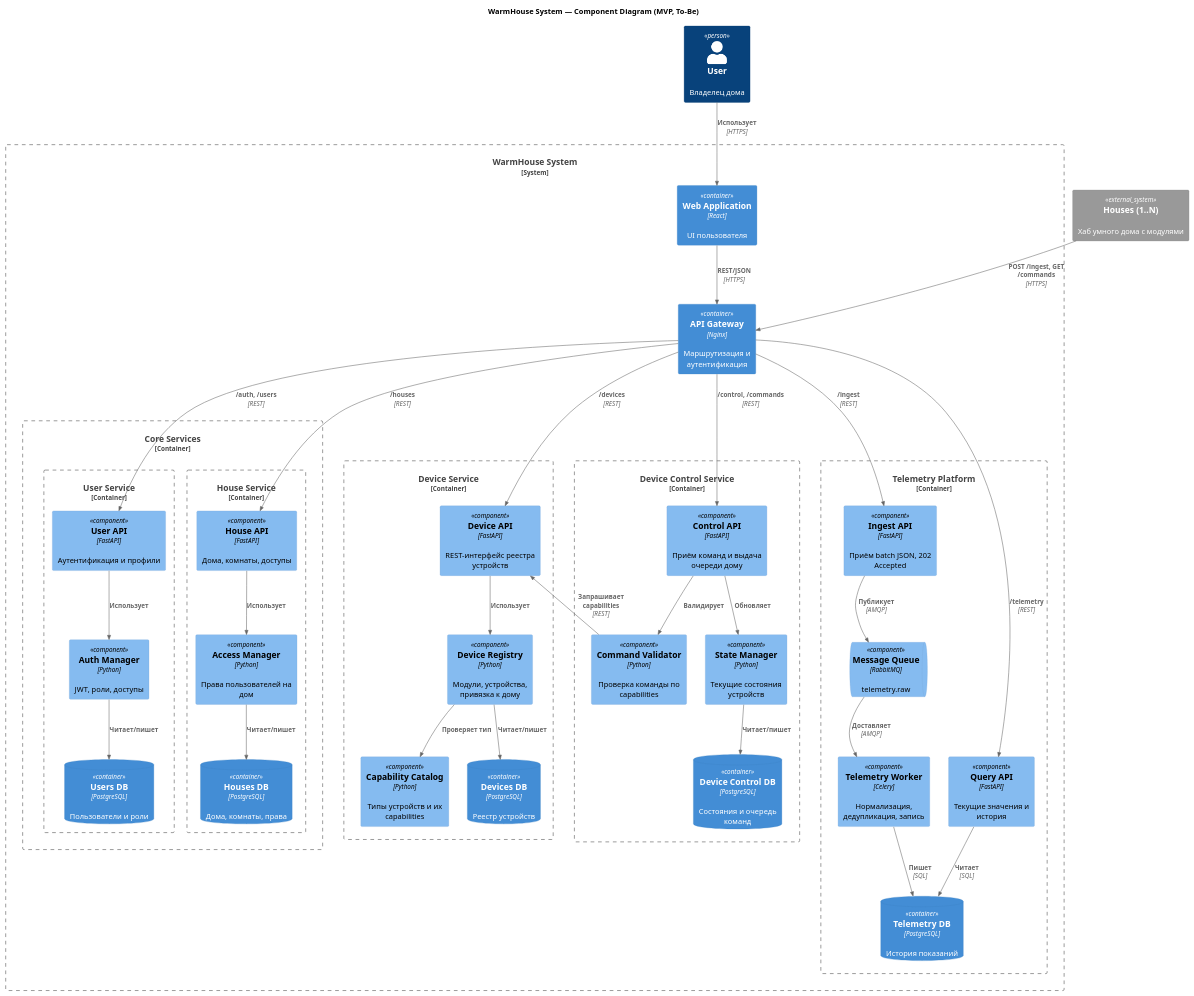
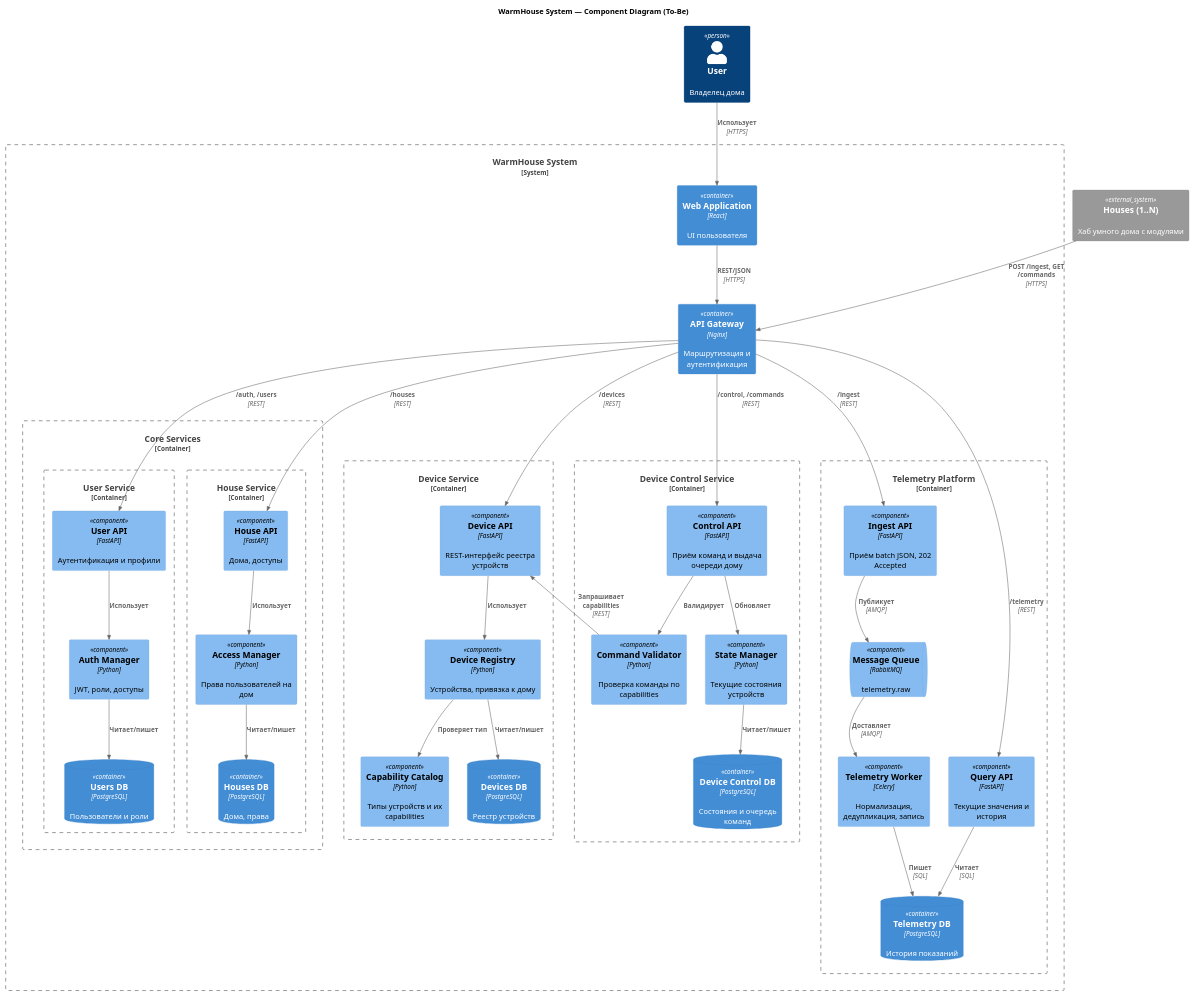
Before and after one commit to gadtakoi/architecture-pro-warmhouse: the diagram in diagrams/Task_2_Components.puml, drawn with PlantUML. The commit also changed 3 other files, not shown here.

Commit message:
Task 3. ER.

```diff
--- a/diagrams/Task_2_Components.puml
+++ b/diagrams/Task_2_Components.puml
@@ -1,84 +1,84 @@
 @startuml
-title WarmHouse System — Component Diagram (MVP, To-Be)
+title WarmHouse System — Component Diagram (To-Be)
 
 !include ../vendor/C4-PlantUML/C4_Component.puml
 
 Person(user, "User", "Владелец дома")
 System_Ext(houses, "Houses (1..N)", "Хаб умного дома с модулями")
 
 System_Boundary(warmhouse, "WarmHouse System") {
 
   Container(WebApp, "Web Application", "React", "UI пользователя")
   Container(ApiGateway, "API Gateway", "Nginx", "Маршрутизация и аутентификация")
 
   Container_Boundary(coreServices, "Core Services") {
     Container_Boundary(userService, "User Service") {
       Component(UserApi, "User API", "FastAPI", "Аутентификация и профили")
       Component(AuthManager, "Auth Manager", "Python", "JWT, роли, доступы")
       ContainerDb(UserDb, "Users DB", "PostgreSQL", "Пользователи и роли")
     }
 
     Container_Boundary(houseService, "House Service") {
-      Component(HouseApi, "House API", "FastAPI", "Дома, комнаты, доступы")
+      Component(HouseApi, "House API", "FastAPI", "Дома, доступы")
       Component(AccessManager, "Access Manager", "Python", "Права пользователей на дом")
-      ContainerDb(HouseDb, "Houses DB", "PostgreSQL", "Дома, комнаты, права")
+      ContainerDb(HouseDb, "Houses DB", "PostgreSQL", "Дома, права")
     }
   }
 
   Container_Boundary(deviceService, "Device Service") {
     Component(DeviceApi, "Device API", "FastAPI", "REST-интерфейс реестра устройств")
-    Component(DeviceRegistry, "Device Registry", "Python", "Модули, устройства, привязка к дому")
+    Component(DeviceRegistry, "Device Registry", "Python", "Устройства, привязка к дому")
     Component(CapabilityCatalog, "Capability Catalog", "Python", "Типы устройств и их capabilities")
     ContainerDb(DeviceDb, "Devices DB", "PostgreSQL", "Реестр устройств")
   }
 
   Container_Boundary(controlService, "Device Control Service") {
     Component(ControlApi, "Control API", "FastAPI", "Приём команд и выдача очереди дому")
     Component(CommandValidator, "Command Validator", "Python", "Проверка команды по capabilities")
     Component(StateManager, "State Manager", "Python", "Текущие состояния устройств")
     ContainerDb(ControlDb, "Device Control DB", "PostgreSQL", "Состояния и очередь команд")
   }
 
   Container_Boundary(telemetry, "Telemetry Platform") {
     Component(IngestApi, "Ingest API", "FastAPI", "Приём batch JSON, 202 Accepted")
     ComponentQueue(Queue, "Message Queue", "RabbitMQ", "telemetry.raw")
     Component(TelemetryWorker, "Telemetry Worker", "Celery", "Нормализация, дедупликация, запись")
     Component(QueryApi, "Query API", "FastAPI", "Текущие значения и история")
     ContainerDb(TelemetryDb, "Telemetry DB", "PostgreSQL", "История показаний")
   }
 }
 
 Rel(user, WebApp, "Использует", "HTTPS")
 Rel(WebApp, ApiGateway, "REST/JSON", "HTTPS")
 Rel(houses, ApiGateway, "POST /ingest, GET /commands", "HTTPS")
 
 Rel(ApiGateway, UserApi, "/auth, /users", "REST")
 Rel(ApiGateway, HouseApi, "/houses", "REST")
 Rel(ApiGateway, DeviceApi, "/devices", "REST")
 Rel(ApiGateway, ControlApi, "/control, /commands", "REST")
 Rel(ApiGateway, IngestApi, "/ingest", "REST")
 Rel(ApiGateway, QueryApi, "/telemetry", "REST")
 
 Rel(UserApi, AuthManager, "Использует")
 Rel(AuthManager, UserDb, "Читает/пишет")
 Rel(HouseApi, AccessManager, "Использует")
 Rel(AccessManager, HouseDb, "Читает/пишет")
 
 Rel(DeviceApi, DeviceRegistry, "Использует")
 Rel(DeviceRegistry, CapabilityCatalog, "Проверяет тип")
 Rel(DeviceRegistry, DeviceDb, "Читает/пишет")
 
 Rel(ControlApi, CommandValidator, "Валидирует")
 Rel(CommandValidator, DeviceApi, "Запрашивает capabilities", "REST")
 Rel(ControlApi, StateManager, "Обновляет")
 Rel(StateManager, ControlDb, "Читает/пишет")
 
 Rel(IngestApi, Queue, "Публикует", "AMQP")
 Rel(Queue, TelemetryWorker, "Доставляет", "AMQP")
 Rel(TelemetryWorker, TelemetryDb, "Пишет", "SQL")
 Rel(QueryApi, TelemetryDb, "Читает", "SQL")
 
 Lay_L(coreServices, deviceService)
 Lay_R(deviceService, controlService)
 Lay_R(controlService, telemetry)
 @enduml
```
